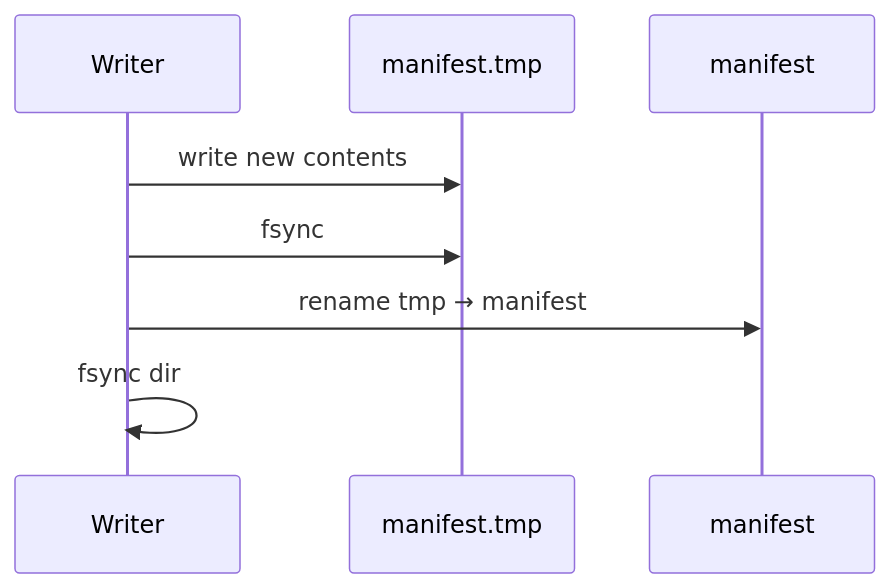
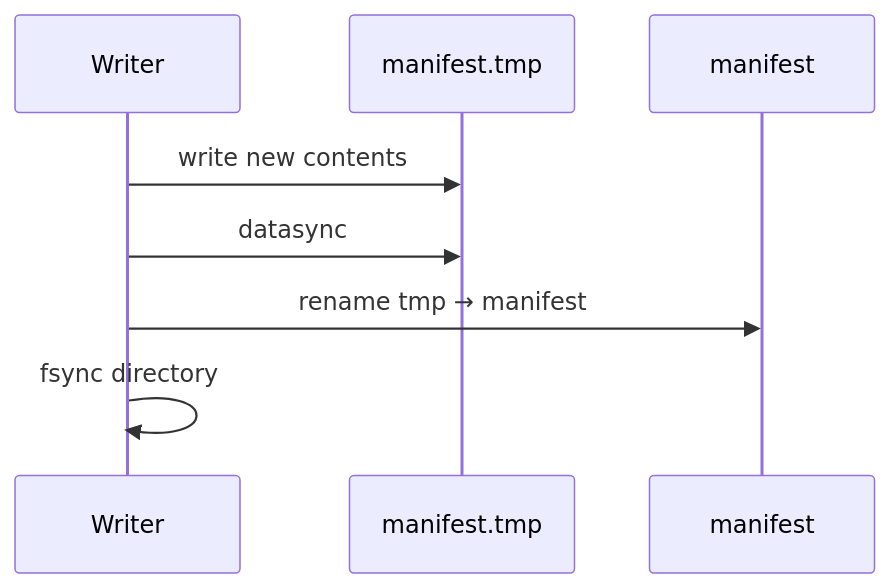
The fifth of 9 diagrams in apps/bondy_mst/doc_extras/architecture/02_bondy_mst.md (bondy-io/bondy), drawn with Mermaid before and after one commit. The commit also changed other lines of this file and 449 other files, not shown here.

````diff
--- a/apps/bondy_mst/doc_extras/architecture/02_bondy_mst.md
+++ b/apps/bondy_mst/doc_extras/architecture/02_bondy_mst.md
@@ -199,11 +211,11 @@
 ```mermaid
 sequenceDiagram
     participant Writer
     participant ManifestTmp as manifest.tmp
     participant Manifest as manifest
 
     Writer->>ManifestTmp: write new contents
-    Writer->>ManifestTmp: fsync
+    Writer->>ManifestTmp: datasync
     Writer->>Manifest: rename tmp → manifest
-    Writer->>Writer: fsync dir
+    Writer->>Writer: fsync directory
 ```
````
